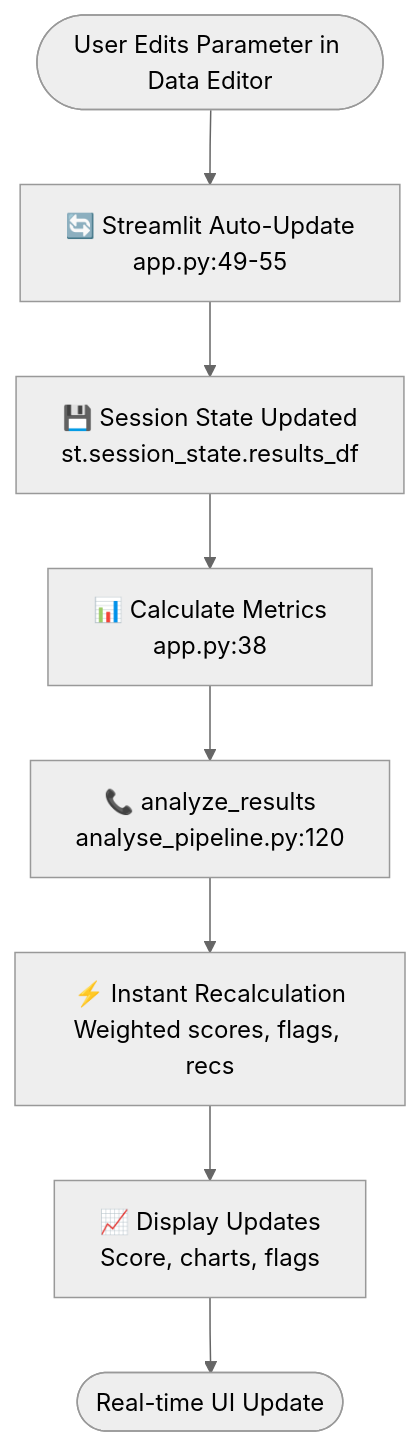
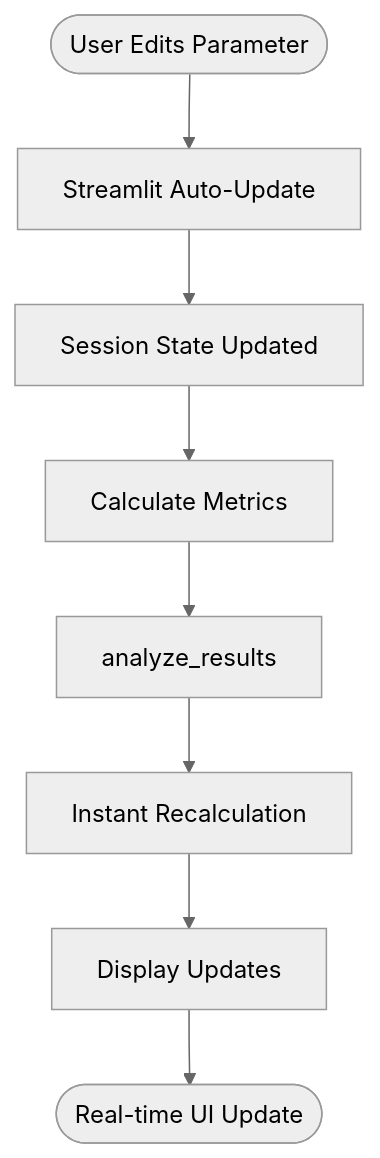
The ninth of 9 diagrams in README.md (Pooja-Vishnoi/GenAI_Hackathon), drawn with Mermaid (neutral theme) before and after one commit. The commit also changed other lines of this file, not shown here.

Commit message:
update diagram to make work with github

````diff
--- a/README.md
+++ b/README.md
@@ -304,12 +304,12 @@
 ```mermaid
 flowchart TD
-    START([User Edits Parameter in Data Editor]) --> STREAMLIT_UPDATE[🔄 Streamlit Auto-Update<br/>app.py:49-55]
-    STREAMLIT_UPDATE --> SESSION_UPDATE[💾 Session State Updated<br/>st.session_state.results_df]
-    SESSION_UPDATE --> METRICS_CALC[📊 Calculate Metrics<br/>app.py:38]
+    START([User Edits Parameter]) --> STREAMLIT_UPDATE[Streamlit Auto-Update]
+    STREAMLIT_UPDATE --> SESSION_UPDATE[Session State Updated]
+    SESSION_UPDATE --> METRICS_CALC[Calculate Metrics]
     
-    METRICS_CALC --> CALL_ANALYZE[📞 analyze_results<br/>analyse_pipeline.py:120]
-    CALL_ANALYZE --> INSTANT_RECALC[⚡ Instant Recalculation<br/>Weighted scores, flags, recs]
-    INSTANT_RECALC --> DISPLAY_UPDATE[📈 Display Updates<br/>Score, charts, flags]
+    METRICS_CALC --> CALL_ANALYZE[analyze_results]
+    CALL_ANALYZE --> INSTANT_RECALC[Instant Recalculation]
+    INSTANT_RECALC --> DISPLAY_UPDATE[Display Updates]
     
     DISPLAY_UPDATE --> END([Real-time UI Update])
 ```
````
